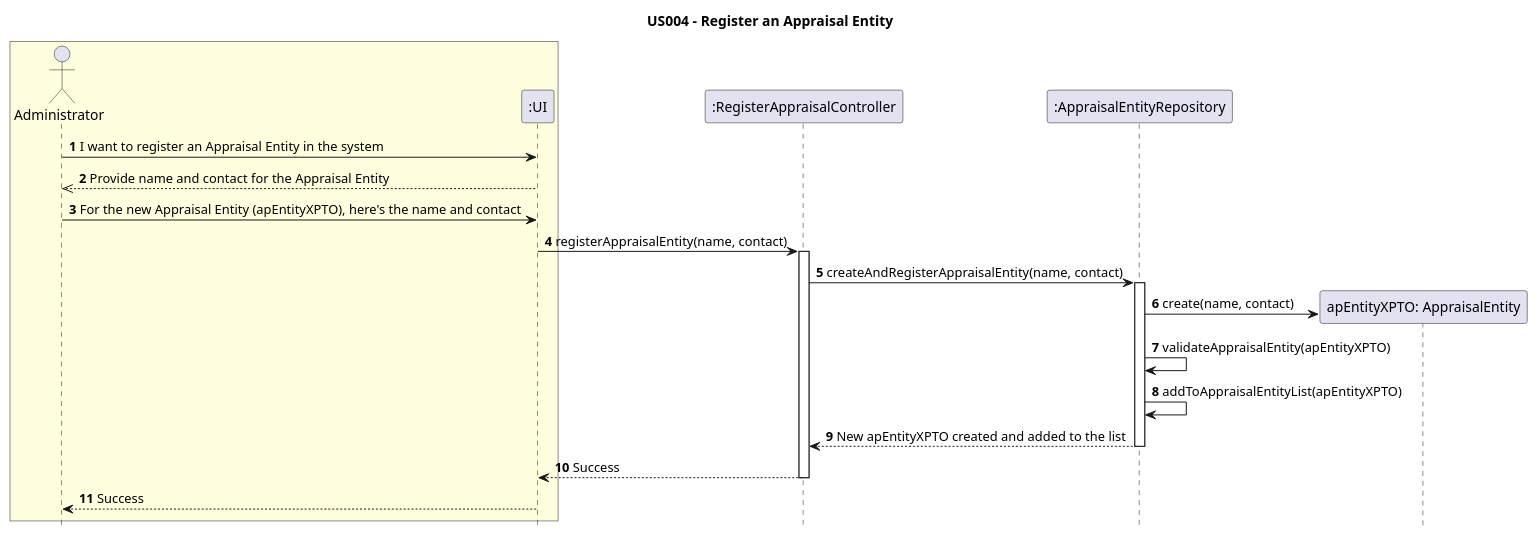
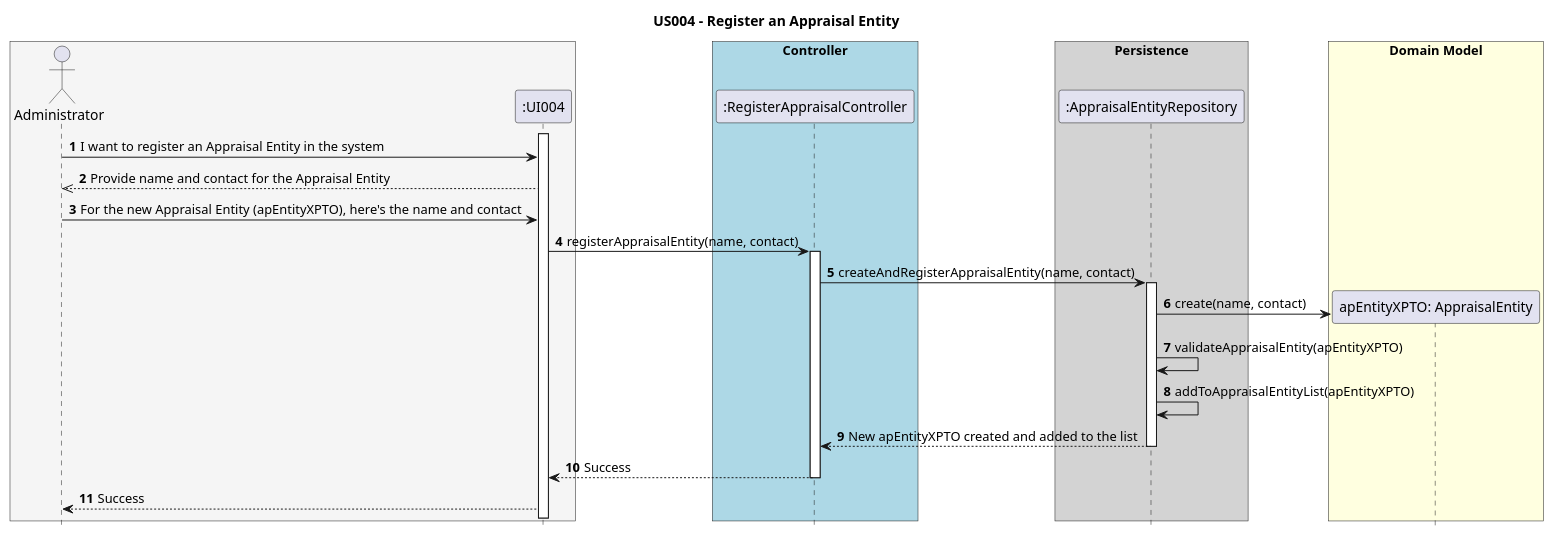
One commit to AndrePereiraGitH/SWitCH-Project-Team_A changed the diagram in Diagrams/SequenceDiagrams/N2/US004-to-register-an-appraisal-entity.puml. Above: the diagram before and after it, drawn with PlantUML. The commit also changed 7 other files, not shown here.

Commit message:
Working on #23 #26, Standardization of Sequence Diagrams

```diff
--- a/Diagrams/SequenceDiagrams/N2/US004-to-register-an-appraisal-entity.puml
+++ b/Diagrams/SequenceDiagrams/N2/US004-to-register-an-appraisal-entity.puml
@@ -1,48 +1,55 @@
 @startuml
 
 hide footbox
+autonumber
 
 title US004 - Register an Appraisal Entity
 
-box #LightYellow
-actor Administrator
-participant ":UI" as UI
+box #WhiteSmoke
+    actor Administrator
+    participant ":UI004" as UI
 end box
 
-participant ":RegisterAppraisalController" as RegisterAppraisalController
+box "Controller" #LightBlue
+    participant ":RegisterAppraisalController" as RegisterAppraisalController
+end box
 
-participant ":AppraisalEntityRepository" as AppraisalEntityRepository
+box "Persistence" #LightGrey
+    participant ":AppraisalEntityRepository" as AppraisalEntityRepository
+end box
 
+activate UI
 ' Human communication started by Administrator
-Administrator -> UI : **1** I want to register an Appraisal Entity in the system
-UI -->> Administrator : **2** Provide name and contact for the Appraisal Entity
-Administrator -> UI : **3** For the new Appraisal Entity (apEntityXPTO), here's the name and contact
+Administrator -> UI : I want to register an Appraisal Entity in the system
+UI -->> Administrator : Provide name and contact for the Appraisal Entity
+Administrator -> UI : For the new Appraisal Entity (apEntityXPTO), here's the name and contact
 
 ' First contact between UI and the System
-UI -> RegisterAppraisalController : **4** registerAppraisalEntity(name, contact)
+UI -> RegisterAppraisalController : registerAppraisalEntity(name, contact)
 activate RegisterAppraisalController
 
 ' Communication between RegisterAppraisalController and AppraisalEntityRepository
-RegisterAppraisalController -> AppraisalEntityRepository : **5** createAndRegisterAppraisalEntity(name, contact)
+RegisterAppraisalController -> AppraisalEntityRepository : createAndRegisterAppraisalEntity(name, contact)
 activate AppraisalEntityRepository
 
 ' Creation of new AppraisalEntity
-create "apEntityXPTO: AppraisalEntity" as AppraisalEntity
-
+box "Domain Model"#LightYellow
+    create "apEntityXPTO: AppraisalEntity" as AppraisalEntity
+end box
 ' Creation, validation and addition made in AppraisalEntityRepository
-AppraisalEntityRepository -> AppraisalEntity : **6** create(name, contact)
-AppraisalEntityRepository -> AppraisalEntityRepository : **7** validateAppraisalEntity(apEntityXPTO)
-AppraisalEntityRepository -> AppraisalEntityRepository : **8** addToAppraisalEntityList(apEntityXPTO)
+AppraisalEntityRepository -> AppraisalEntity : create(name, contact)
+AppraisalEntityRepository -> AppraisalEntityRepository : validateAppraisalEntity(apEntityXPTO)
+AppraisalEntityRepository -> AppraisalEntityRepository : addToAppraisalEntityList(apEntityXPTO)
 
 ' Return from AppraisalEntityRepository to RegisterAppraisalController
-AppraisalEntityRepository --> RegisterAppraisalController : **9** New apEntityXPTO created and added to the list
+AppraisalEntityRepository --> RegisterAppraisalController : New apEntityXPTO created and added to the list
 deactivate AppraisalEntityRepository
 
 ' Return from RegisterAppraisalConstroller to the UI
-RegisterAppraisalController --> UI : **10** Success
+RegisterAppraisalController --> UI : Success
 deactivate RegisterAppraisalController
 
 ' Return from UI to Administrator
-UI --> Administrator : **11** Success
+UI --> Administrator :  Success
 
 @enduml
```
